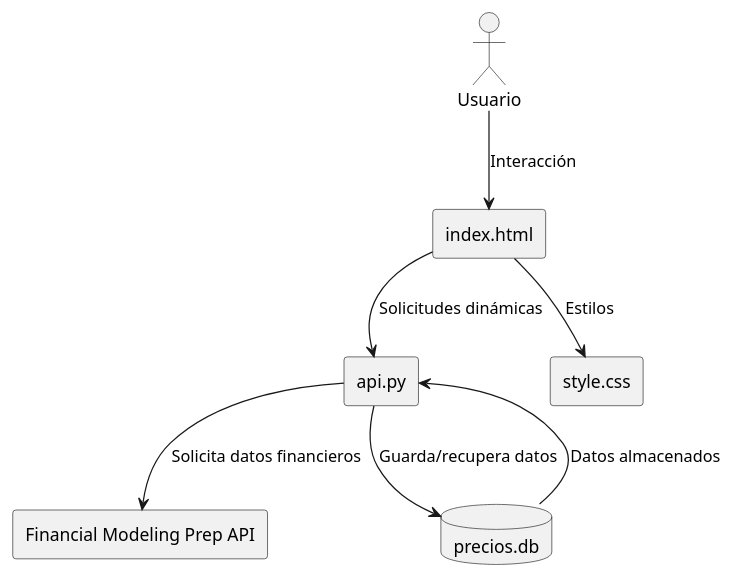
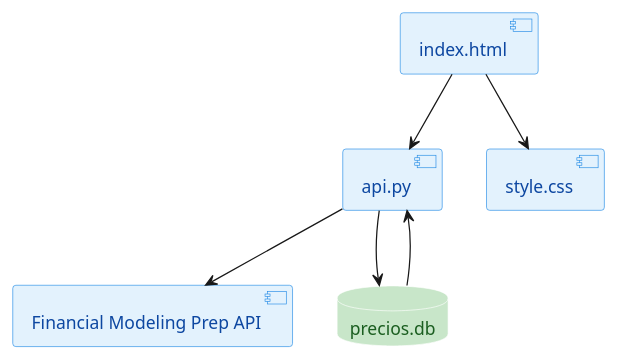
One commit to eliz121/stock-manager changed the diagram in dc.puml. Above: the diagram before and after it, drawn with PlantUML.

Commit message:
update dc

```diff
--- a/dc.puml
+++ b/dc.puml
@@ -1,18 +1,27 @@
 @startuml stock-manager-diagram
-skinparam componentStyle rectangle
+skinparam componentStyle uml2
+skinparam component {
+  BackgroundColor #E3F2FD
+  BorderColor #1E88E5
+  FontColor #0D47A1
+}
 
-actor "Usuario" as User
+skinparam database{
+  BackgroundColor #C8E6C9 
+  BorderColor #388E3
+  FontColor #1B5E20
+}
 
-component "api.py" as API
+component "api.py" as API 
 component "index.html" as HTML
 component "style.css" as CSS
 component "Financial Modeling Prep API" as FMPAPI
 database "precios.db" as DB
 
-User --> HTML : Interacción
-HTML --> API : Solicitudes dinámicas
-HTML --> CSS : Estilos
-API --> FMPAPI : Solicita datos financieros
-API --> DB : Guarda/recupera datos
-DB --> API : Datos almacenados
+HTML --> API 
+HTML --> CSS 
+API --> FMPAPI 
+API --> DB 
+DB --> API 
+
 @enduml
```
